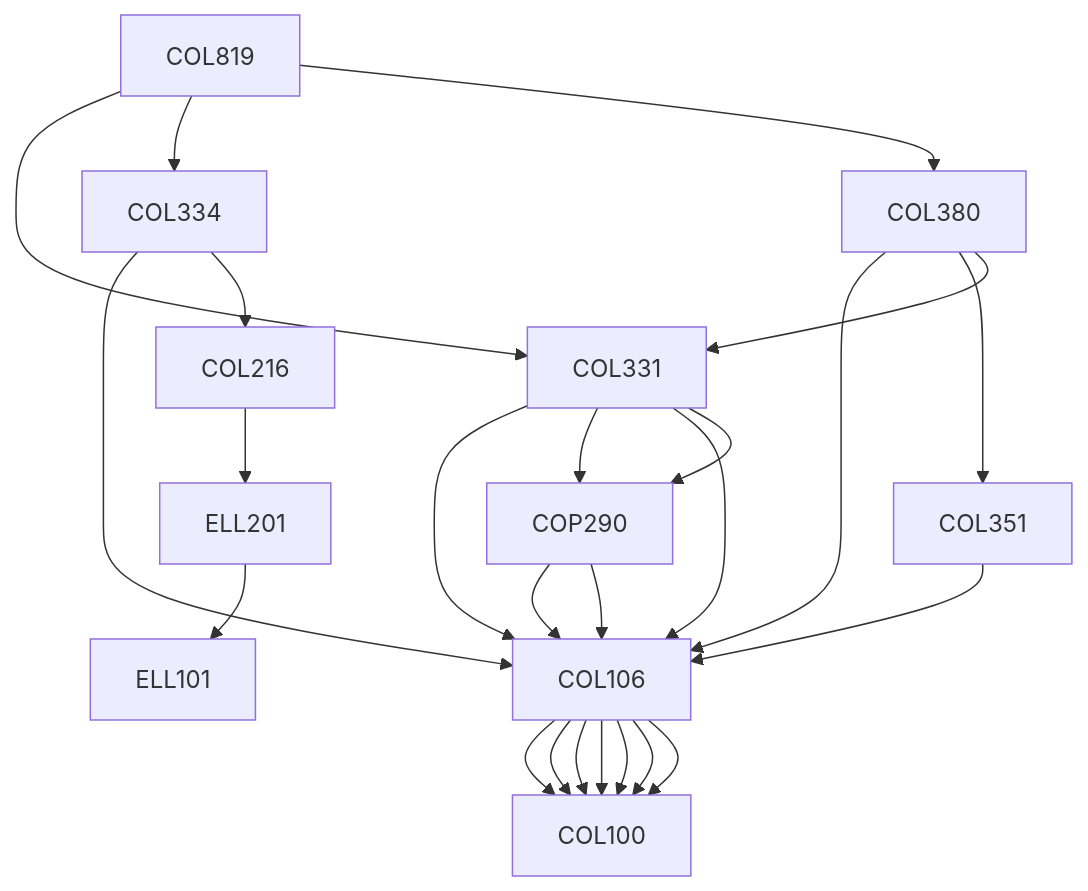
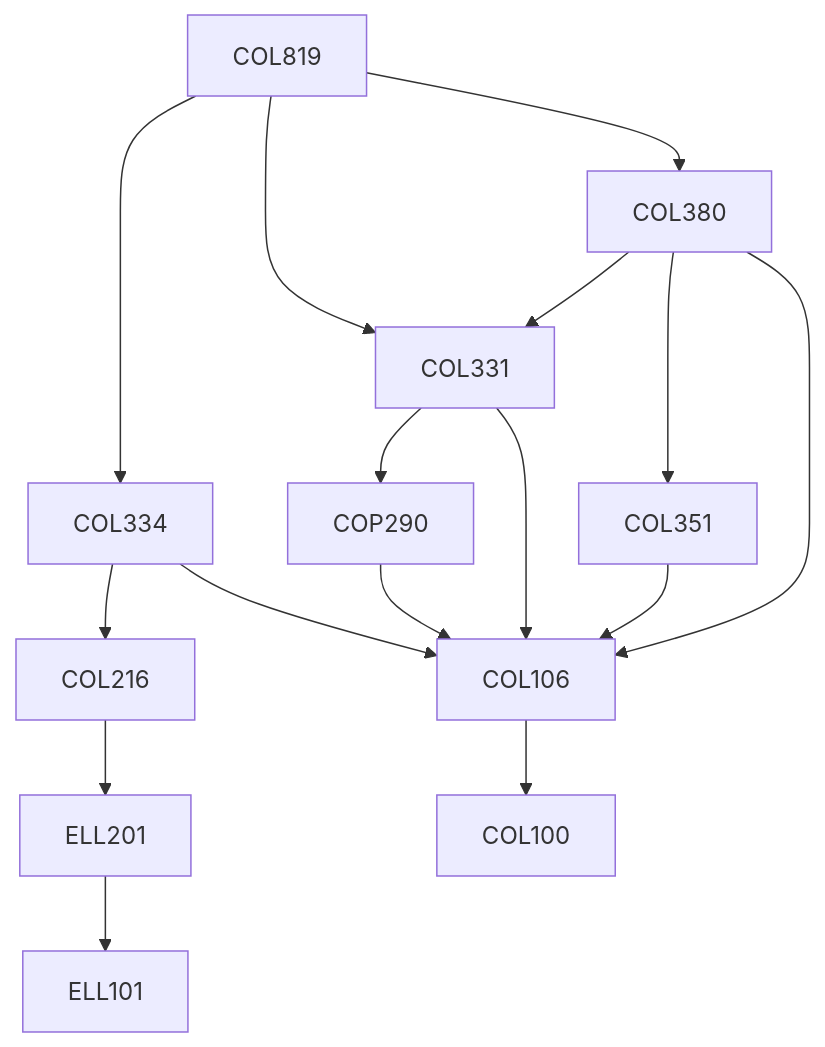
Before and after one commit to KeshavBansal0122/CoS_Website: the diagram in content/Computer Science and Engineering/COL819.md, drawn with Mermaid. The commit also changed other lines of this file and 2667 other files, not shown here.

````diff
--- a/content/Computer Science and Engineering/COL819.md
+++ b/content/Computer Science and Engineering/COL819.md
@@ -15,27 +13,22 @@
 ```mermaid
-graph TD
-COL819 --> COL331
-COL331 --> COL106
-COL106 --> COL100
-COL331 --> COP290
-COP290 --> COL106
-COL106 --> COL100
-COL819 --> COL334
-COL334 --> COL106
-COL106 --> COL100
-COL334 --> COL216
-COL216 --> ELL201
-ELL201 --> ELL101
-COL819 --> COL380
-COL380 --> COL106
-COL106 --> COL100
-COL380 --> COL351
-COL351 --> COL106
-COL106 --> COL100
-COL380 --> COL331
-COL331 --> COL106
-COL106 --> COL100
-COL331 --> COP290
-COP290 --> COL106
-COL106 --> COL100
+flowchart TD
+COL819-234[COL819]
+COL334-234 --> COL106-234[COL106]
+COP290-234 --> COL106-234[COL106]
+COL819-234 --> COL380-234[COL380]
+COL331-234 --> COL106-234[COL106]
+COL819-234 --> COL331-234[COL331]
+COL819-234 --> COL334-234[COL334]
+COL351-234 --> COL106-234[COL106]
+COL380-234 --> COL351-234[COL351]
+COL216-234 --> ELL201-234[ELL201]
+ELL201-234 --> ELL101-234[ELL101]
+COL106-234 --> COL100-234[COL100]
+COL380-234 --> COL106-234[COL106]
+COL334-234 --> COL216-234[COL216]
+COL331-234 --> COP290-234[COP290]
+COL380-234 --> COL331-234[COL331]
+
+classDef empty height:17px, fill:transparent, stroke:transparent;
+classDef trueEmpty height:0px, width:0px;
 ```
````
